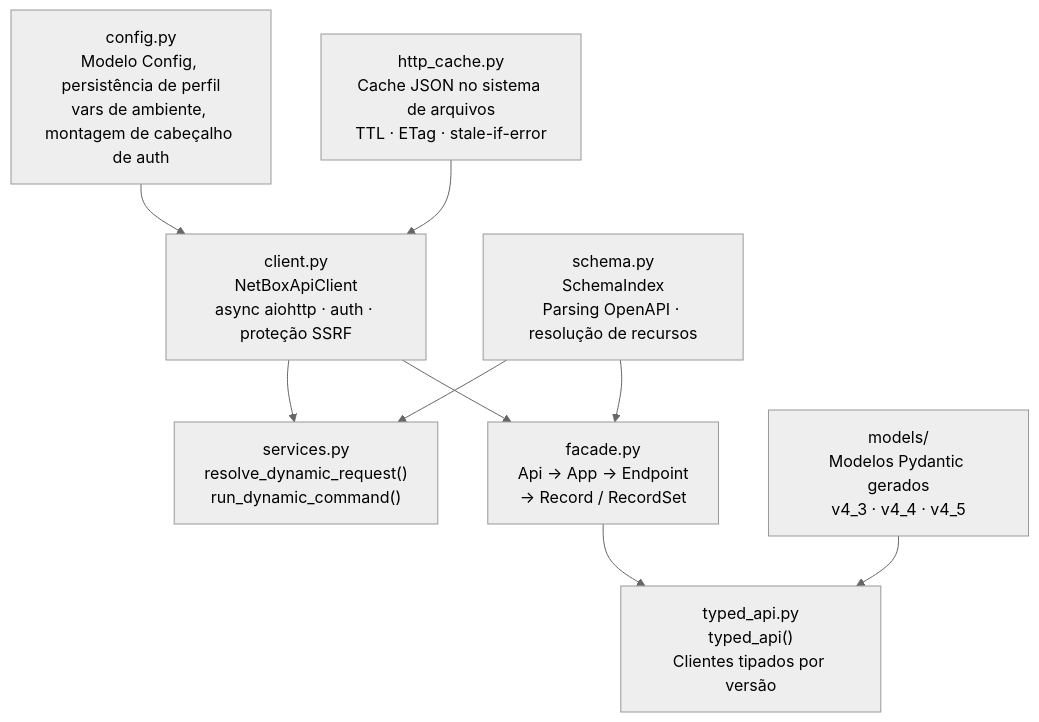
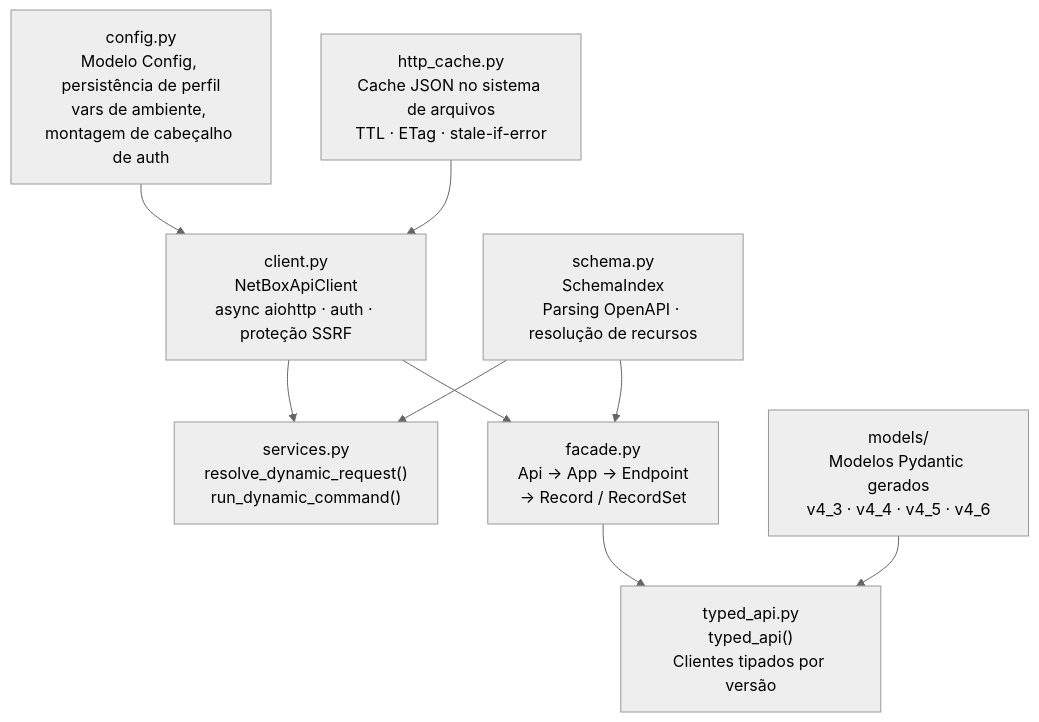
The second of 4 diagrams in docs/developer/architecture.pt.md (emersonfelipesp/netbox-sdk), drawn with Mermaid (neutral theme) before and after one commit. The commit also changed other lines of this file and 21 other files, not shown here.

````diff
--- a/docs/developer/architecture.pt.md
+++ b/docs/developer/architecture.pt.md
@@ -30,20 +30,20 @@
 ```mermaid
 flowchart TB
     config["config.py\nModelo Config, persistência de perfil\nvars de ambiente, montagem de cabeçalho de auth"]
     cache["http_cache.py\nCache JSON no sistema de arquivos\nTTL · ETag · stale-if-error"]
     client["client.py\nNetBoxApiClient\nasync aiohttp · auth · proteção SSRF"]
     schema["schema.py\nSchemaIndex\nParsing OpenAPI · resolução de recursos"]
     services["services.py\nresolve_dynamic_request()\nrun_dynamic_command()"]
     facade["facade.py\nApi → App → Endpoint\n→ Record / RecordSet"]
     typed["typed_api.py\ntyped_api()\nClientes tipados por versão"]
-    models["models/\nModelos Pydantic gerados\nv4_3 · v4_4 · v4_5"]
+    models["models/\nModelos Pydantic gerados\nv4_3 · v4_4 · v4_5 · v4_6"]
 
     config --> client
     cache --> client
     schema --> services
     client --> services
     client --> facade
     schema --> facade
     facade --> typed
     models --> typed
 ```
````
